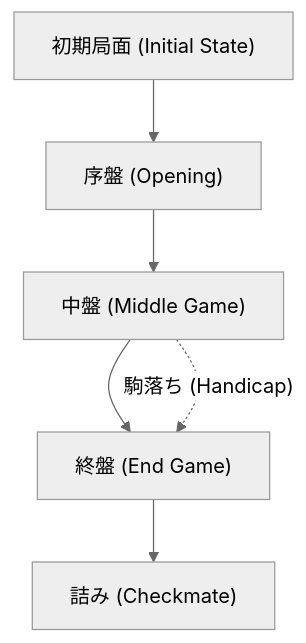
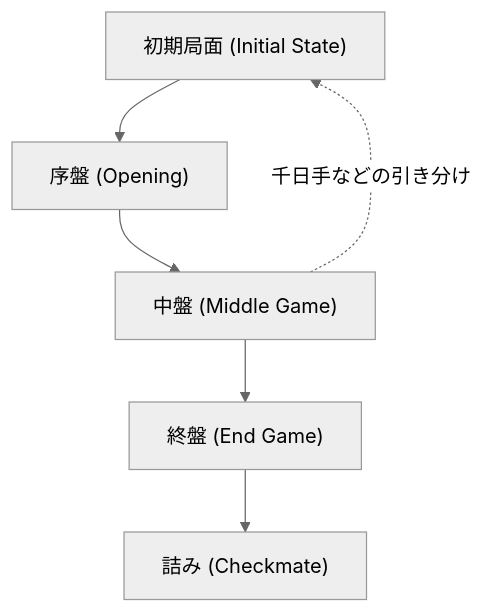
One commit to kenjinote/blog changed the diagram in content/post/ai-shogi/index.md. Above: the diagram before and after it, drawn with Mermaid (neutral theme). The commit also changed other lines of this file and 276 other files, not shown here.

````diff
--- a/content/post/ai-shogi/index.md
+++ b/content/post/ai-shogi/index.md
@@ -21,8 +32,8 @@
 ```mermaid
 flowchart TD
     A["初期局面 (Initial State)"] --> B["序盤 (Opening)"]
     B --> C["中盤 (Middle Game)"]
     C --> D["終盤 (End Game)"]
     D --> E["詰み (Checkmate)"]
-    C -. "駒落ち (Handicap)" .-> D
+    C -. "千日手などの引き分け" .-> A
 ```
````
